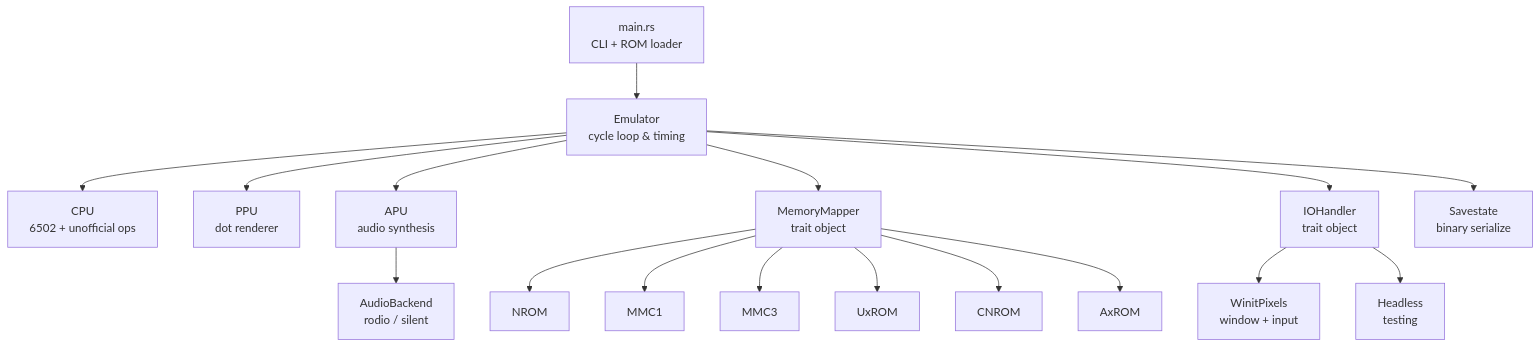
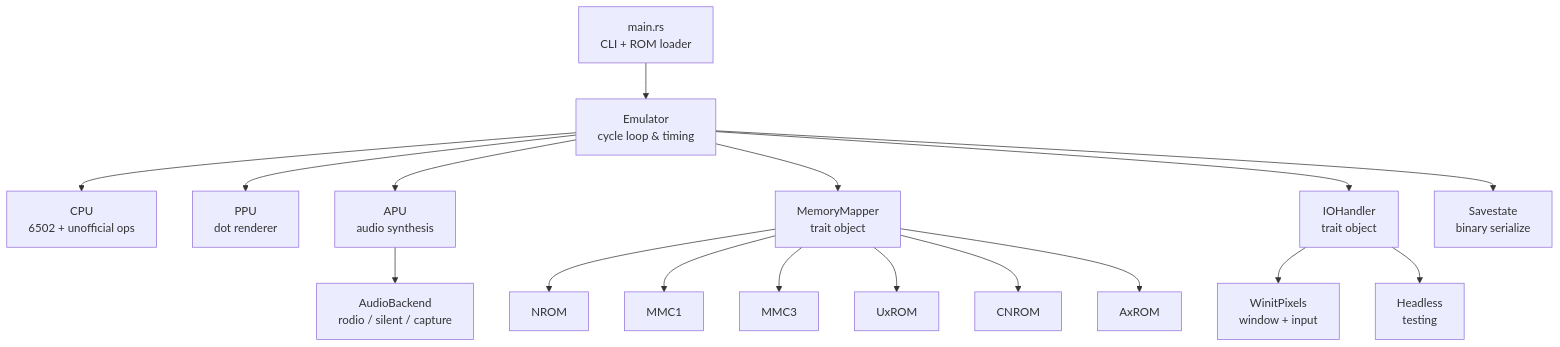
Before and after one commit to aastrand/krankulator: the diagram in README.md, drawn with Mermaid. The commit also changed other lines of this file and 2 other files, not shown here.

First line of the commit message:
Update docs for APU mixer workflow.

````diff
--- a/README.md
+++ b/README.md
@@ -25,24 +25,24 @@
 ```mermaid
 graph TD
     Main["main.rs<br/>CLI + ROM loader"] --> Emu["Emulator<br/>cycle loop & timing"]
 
     Emu --> CPU["CPU<br/>6502 + unofficial ops"]
     Emu --> PPU["PPU<br/>dot renderer"]
     Emu --> APU["APU<br/>audio synthesis"]
     Emu --> Mem["MemoryMapper<br/>trait object"]
 
     Mem --> NROM
     Mem --> MMC1
     Mem --> MMC3
     Mem --> UxROM
     Mem --> CNROM
     Mem --> AxROM
 
     Emu --> IO["IOHandler<br/>trait object"]
     IO --> Winit["WinitPixels<br/>window + input"]
     IO --> Headless["Headless<br/>testing"]
 
-    APU --> Audio["AudioBackend<br/>rodio / silent"]
+    APU --> Audio["AudioBackend<br/>rodio / silent / capture"]
 
     Emu --> SS["Savestate<br/>binary serialize"]
 ```
````
